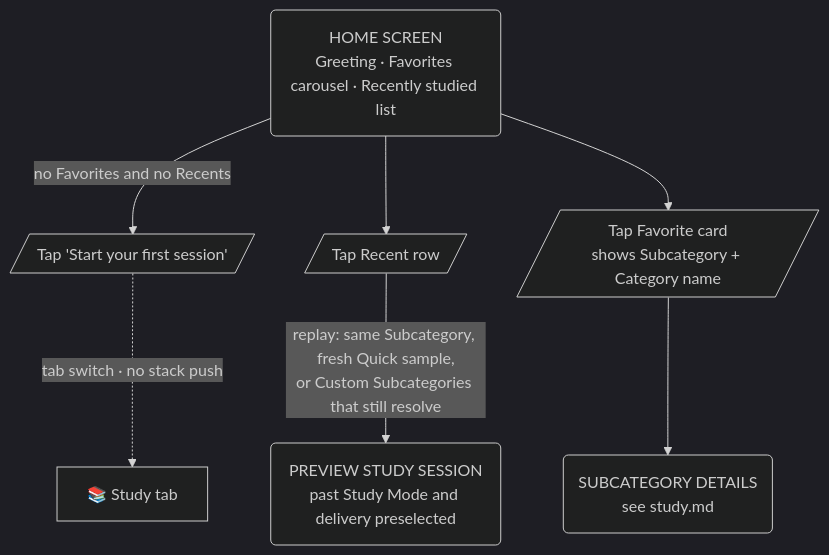
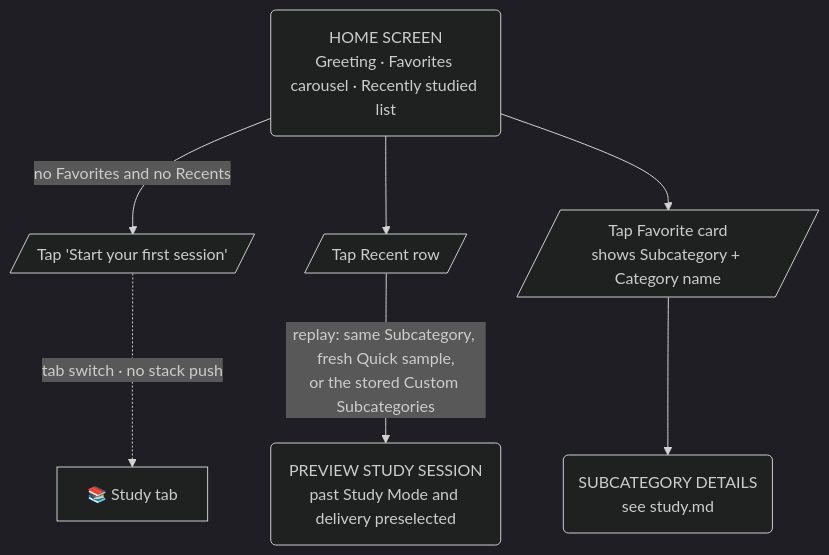
One commit to rmakowiecki/Flashcards changed the diagram in docs/user-flow/home.md. Above: the diagram before and after it, drawn with Mermaid (dark theme). The commit also changed 5 other files, not shown here.

````diff
--- a/docs/user-flow/home.md
+++ b/docs/user-flow/home.md
@@ -7,19 +7,19 @@
 ```mermaid
 flowchart TD
 
     %% Legend: (Screen)  [/Action/]  {Decision}  ([Entry/Exit])
 
     Home(HOME SCREEN\nGreeting · Favorites carousel · Recently studied list)
 
     %% ── Empty state ───────────────────────────────────────────────
     Home -->|no Favorites and no Recents| EmptyCTA[/Tap 'Start your first session'/]
     EmptyCTA -.->|tab switch · no stack push| StudyTab[📚 Study tab]
 
     %% ── Recents ───────────────────────────────────────────────────
     Home --> TapRecent[/Tap Recent row/]
-    TapRecent -->|replay: same Subcategory, fresh Quick sample,\nor Custom Subcategories that still resolve| Preview(PREVIEW STUDY SESSION\npast Study Mode and delivery preselected)
+    TapRecent -->|replay: same Subcategory, fresh Quick sample,\nor the stored Custom Subcategories| Preview(PREVIEW STUDY SESSION\npast Study Mode and delivery preselected)
 
     %% ── Favorites ─────────────────────────────────────────────────
     Home --> TapFavorite[/Tap Favorite card\nshows Subcategory + Category name/]
     TapFavorite --> SubcatDetails(SUBCATEGORY DETAILS\nsee study.md)
 ```
````
